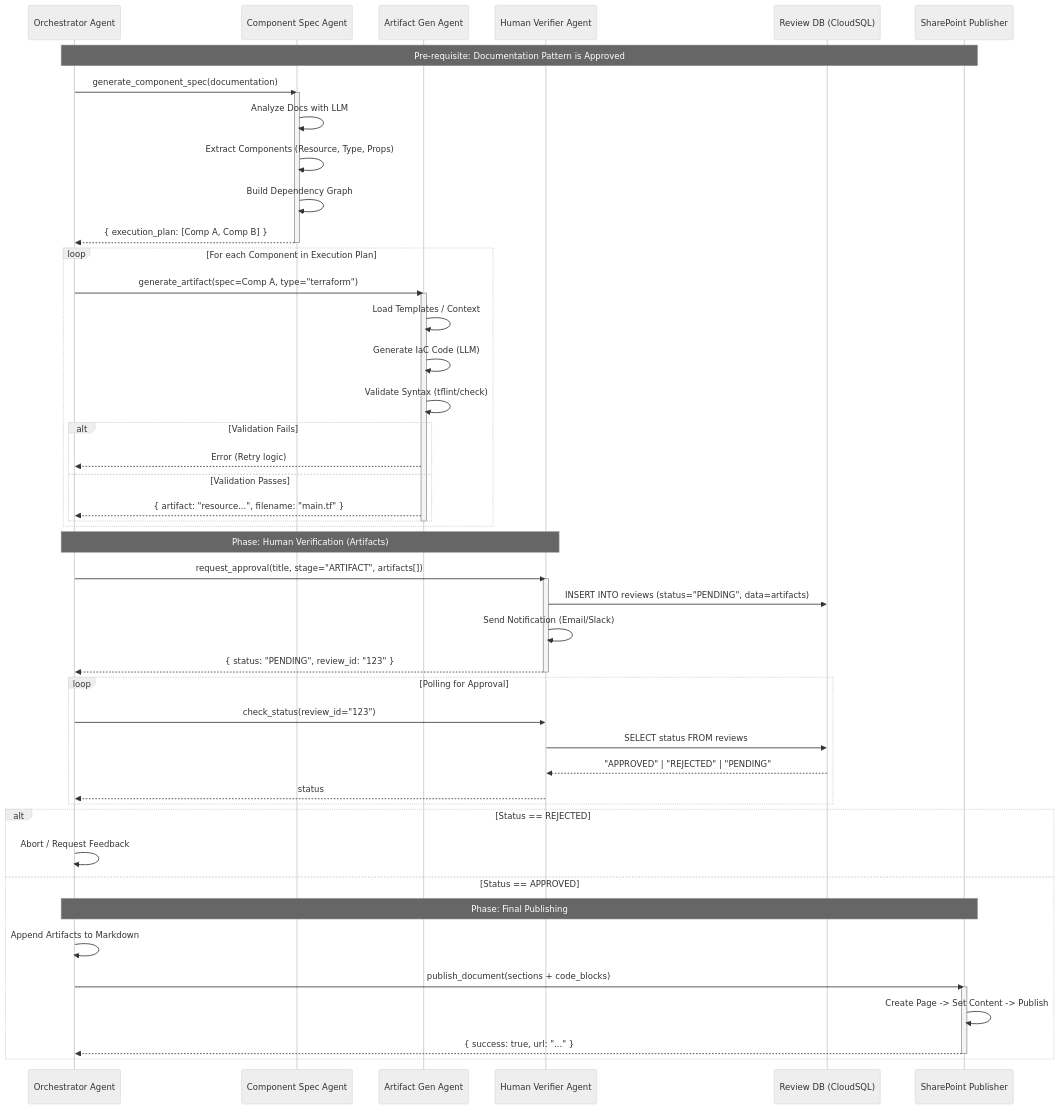
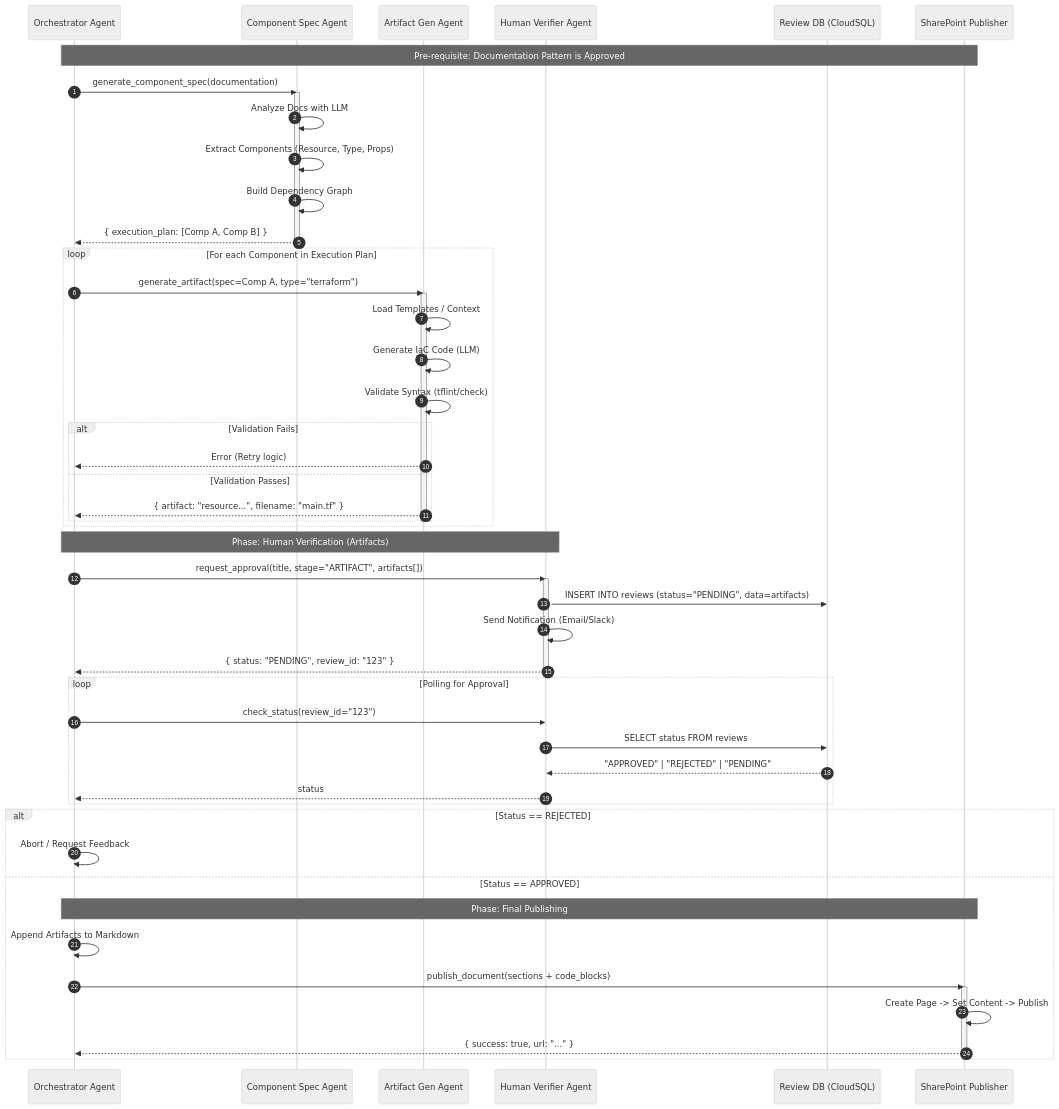
Before and after one commit to rnerurkar/engen: the fourth of 4 diagrams in DESIGN_DOCUMENT.md, drawn with Mermaid (neutral theme). The commit also changed other lines of this file, not shown here.

````diff
--- a/DESIGN_DOCUMENT.md
+++ b/DESIGN_DOCUMENT.md
@@ -877,64 +667,65 @@
 ```mermaid
 sequenceDiagram
+    autonumber
     participant Orch as Orchestrator Agent
     participant Spec as Component Spec Agent
     participant Gen as Artifact Gen Agent
     participant Ver as Human Verifier Agent
     participant DB as Review DB (CloudSQL)
     participant Pub as SharePoint Publisher
 
     Note over Orch, Pub: Pre-requisite: Documentation Pattern is Approved
 
     Orch->>Spec: generate_component_spec(documentation)
     activate Spec
     Spec->>Spec: Analyze Docs with LLM
     Spec->>Spec: Extract Components (Resource, Type, Props)
     Spec->>Spec: Build Dependency Graph
     Spec-->>Orch: { execution_plan: [Comp A, Comp B] }
     deactivate Spec
 
     loop For each Component in Execution Plan
         Orch->>Gen: generate_artifact(spec=Comp A, type="terraform")
         activate Gen
         Gen->>Gen: Load Templates / Context
         Gen->>Gen: Generate IaC Code (LLM)
         Gen->>Gen: Validate Syntax (tflint/check)
         
         alt Validation Fails
             Gen-->>Orch: Error (Retry logic)
         else Validation Passes
             Gen-->>Orch: { artifact: "resource...", filename: "main.tf" }
         end
         deactivate Gen
     end
 
     Note over Orch, Ver: Phase: Human Verification (Artifacts)
 
     Orch->>Ver: request_approval(title, stage="ARTIFACT", artifacts[])
     activate Ver
     
     Ver->>DB: INSERT INTO reviews (status="PENDING", data=artifacts)
     Ver->>Ver: Send Notification (Email/Slack)
     Ver-->>Orch: { status: "PENDING", review_id: "123" }
     deactivate Ver
 
     loop Polling for Approval
         Orch->>Ver: check_status(review_id="123")
         Ver->>DB: SELECT status FROM reviews
         DB-->>Ver: "APPROVED" | "REJECTED" | "PENDING"
         Ver-->>Orch: status
     end
 
     alt Status == REJECTED
         Orch->>Orch: Abort / Request Feedback
     else Status == APPROVED
         Note over Orch, Pub: Phase: Final Publishing
         
         Orch->>Orch: Append Artifacts to Markdown
         Orch->>Pub: publish_document(sections + code_blocks)
         activate Pub
         Pub->>Pub: Create Page -> Set Content -> Publish
         Pub-->>Orch: { success: true, url: "..." }
         deactivate Pub
     end
 ```
````
